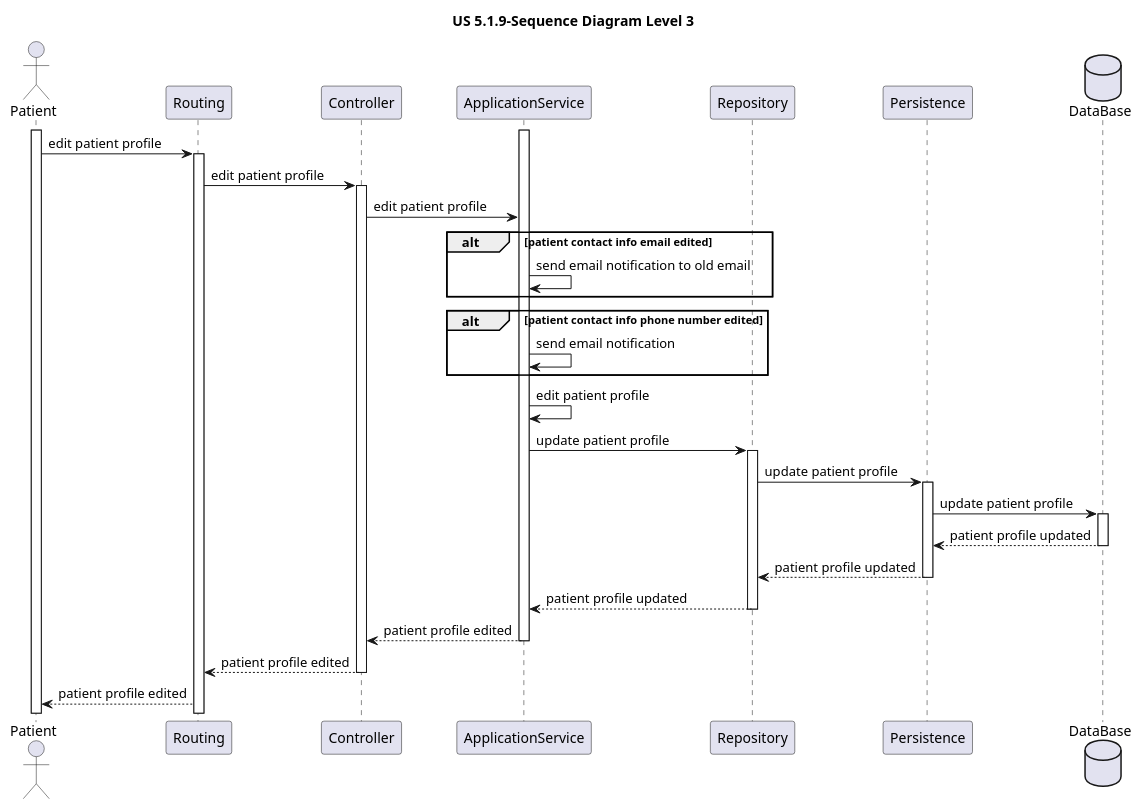
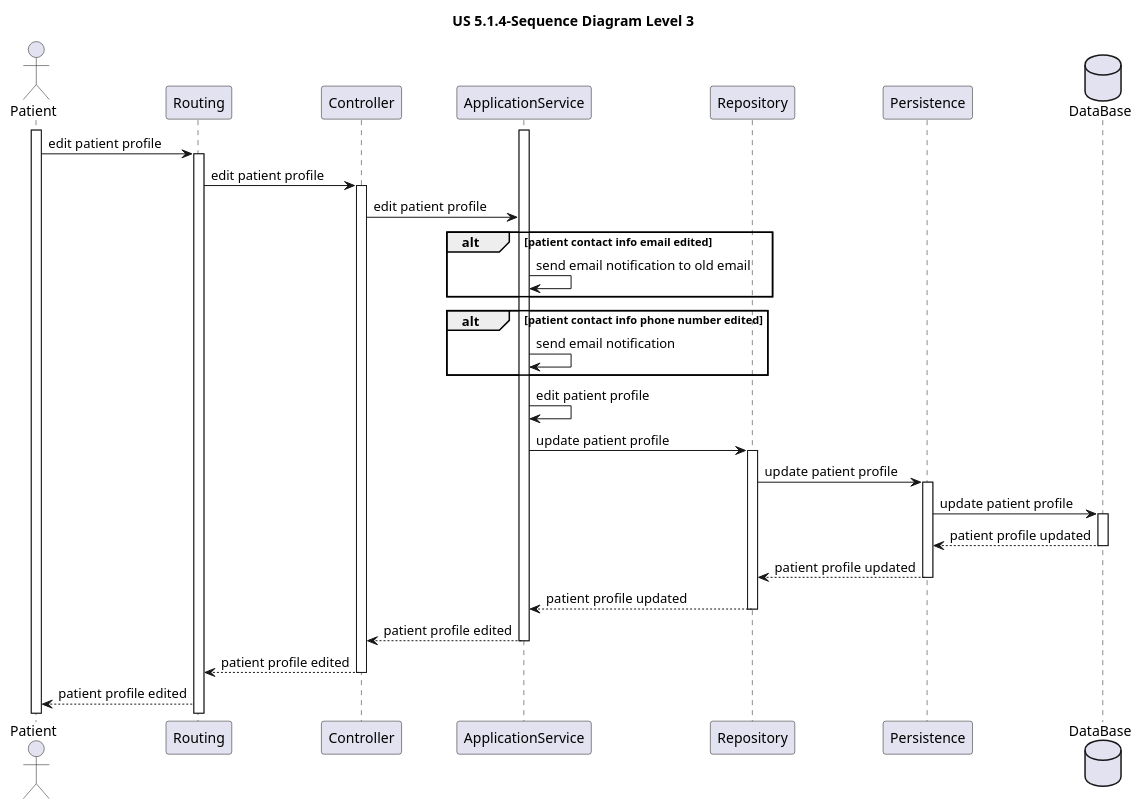
One commit to MateusCabral2004/sem5pi changed the diagram in docs/Sprint 1/US 5.1.4/Sequence Diagrams/Level3/SD_Level3.puml. Above: the diagram before and after it, drawn with PlantUML. The commit also changed 2 other files, not shown here.

```diff
--- a/docs/Sprint 1/US 5.1.4/Sequence Diagrams/Level3/SD_Level3.puml
+++ b/docs/Sprint 1/US 5.1.4/Sequence Diagrams/Level3/SD_Level3.puml
@@ -1,64 +1,64 @@
 @startuml
 
-title US 5.1.9-Sequence Diagram Level 3
+title US 5.1.4-Sequence Diagram Level 3
 
 actor Patient
 participant Routing
 participant Controller
 participant ApplicationService
 participant Repository
 participant Persistence
 database DataBase
 
 activate Patient
 
 Patient -> Routing: edit patient profile
 
 activate Routing
 
 Routing -> Controller: edit patient profile
 
 activate Controller
 
 Controller -> ApplicationService: edit patient profile
 alt patient contact info email edited
 ApplicationService -> ApplicationService: send email notification to old email
 end
 alt patient contact info phone number edited
 ApplicationService -> ApplicationService: send email notification
 end
 
 activate ApplicationService
 
 ApplicationService -> ApplicationService: edit patient profile
 
 ApplicationService -> Repository: update patient profile
 activate Repository
 
 Repository -> Persistence: update patient profile
 activate Persistence
 
 Persistence -> DataBase:update patient profile
 activate DataBase
 
 DataBase --> Persistence:patient profile updated
 deactivate DataBase
 
 Persistence --> Repository:patient profile updated
 deactivate Persistence
 
 Repository --> ApplicationService: patient profile updated
 
 deactivate Repository
 
 ApplicationService --> Controller: patient profile edited
 
 deactivate ApplicationService
 
 Controller --> Routing: patient profile edited
 
 deactivate Controller
 
 Routing --> Patient: patient profile edited
 
 @enduml
```
